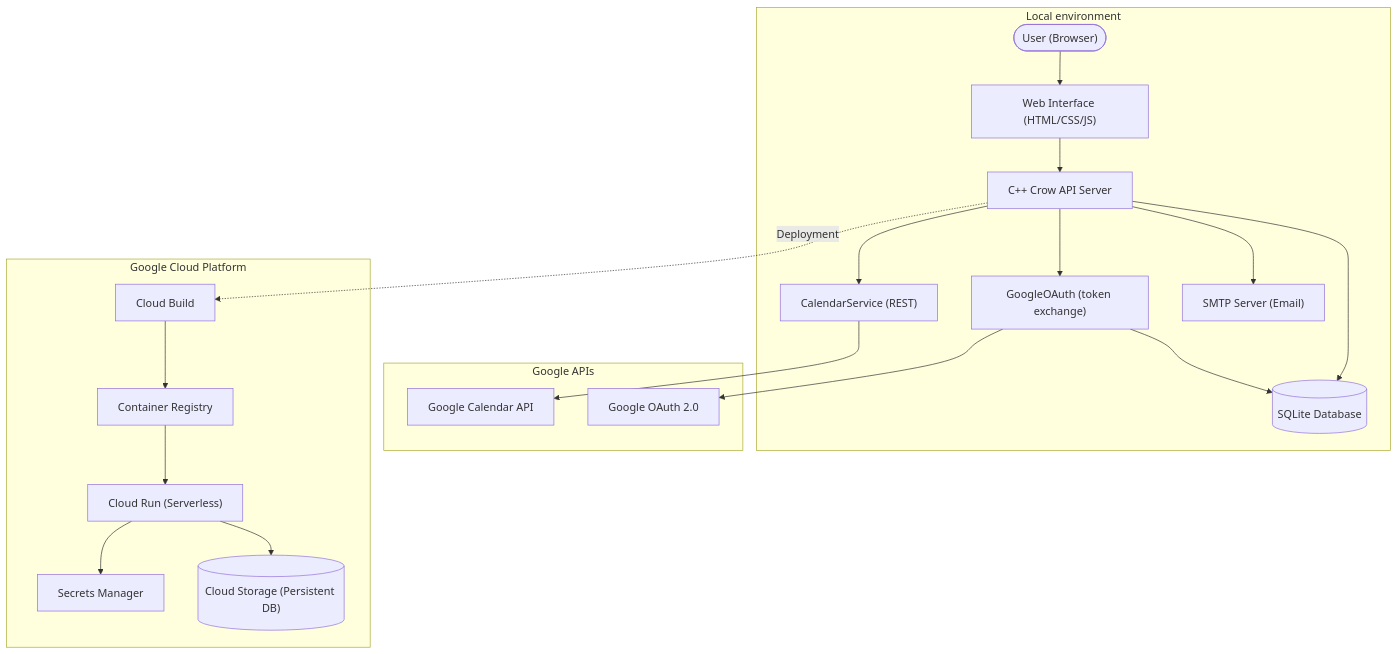
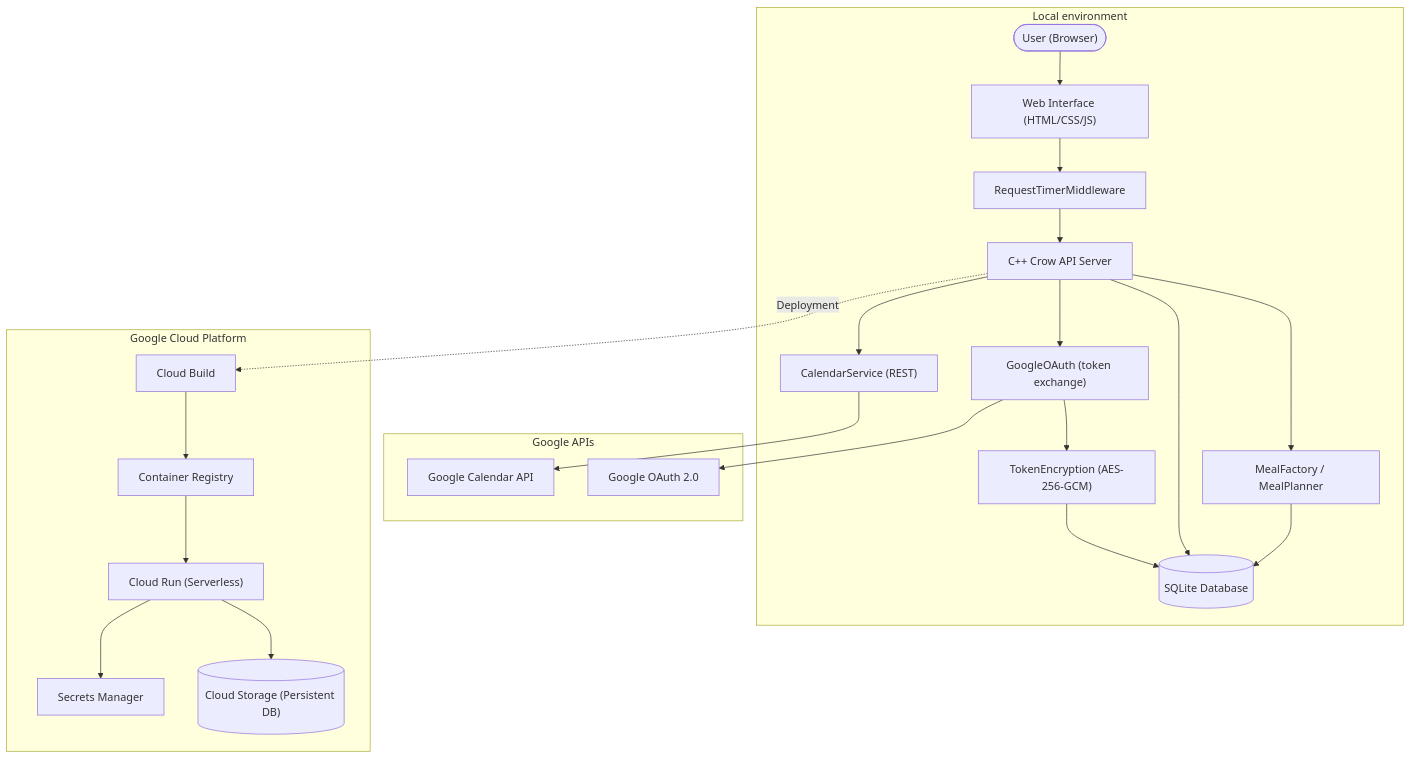
The diagram in README.md (JohnnyJ5/meal_prep), drawn with Mermaid before and after one commit. The commit also changed other lines of this file and 3 other files, not shown here.

First line of the commit message:
Regenerate docs and diagrams to match current codebase

````diff
--- a/README.md
+++ b/README.md
@@ -62,26 +72,29 @@
 ```mermaid
 graph TD
     subgraph "Local environment"
         User(["User (Browser)"]) --> WebUI["Web Interface (HTML/CSS/JS)"]
-        WebUI --> API["C++ Crow API Server"]
-        API --> DB[("SQLite Database")]
-        API --> SMTP["SMTP Server (Email)"]
+        WebUI --> MW["RequestTimerMiddleware"]
+        MW --> API["C++ Crow API Server"]
+        API --> MF["MealFactory / MealPlanner"]
+        MF --> DB[("SQLite Database")]
+        API --> DB
         API --> OAuth["GoogleOAuth (token exchange)"]
-        OAuth --> DB
+        OAuth --> TE["TokenEncryption (AES-256-GCM)"]
+        TE --> DB
         API --> Cal["CalendarService (REST)"]
     end
 
     subgraph "Google APIs"
         OAuth --> GAuth["Google OAuth 2.0"]
         Cal --> GCal["Google Calendar API"]
     end
 
     subgraph "Google Cloud Platform"
         CB["Cloud Build"] --> GCR["Container Registry"]
         GCR --> CR["Cloud Run (Serverless)"]
         CR --> GCS[("Cloud Storage (Persistent DB)")]
         CR --> SM["Secrets Manager"]
     end
 
     API -.->|Deployment| CB
 ```
````
